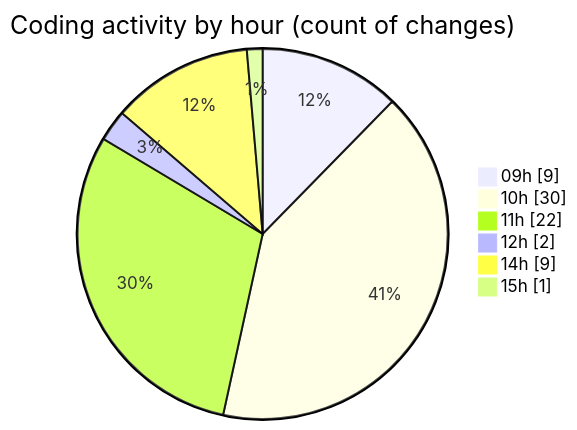
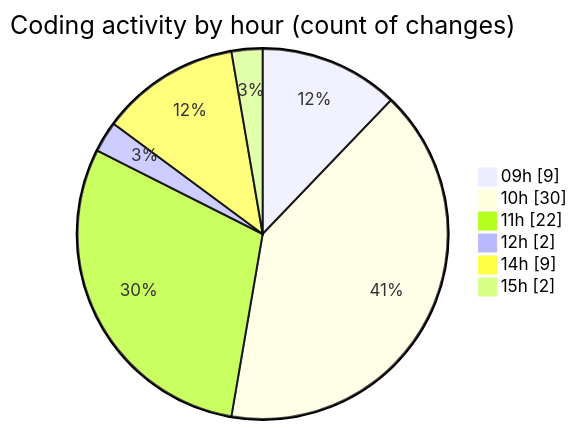
The second of 2 diagrams in 2025-02-04/cda/README.md (momahboobian/code-tracking), drawn with Mermaid before and after one commit. The commit also changed other lines of this file and 1 other file, not shown here.

````diff
--- a/2025-02-04/cda/README.md
+++ b/2025-02-04/cda/README.md
@@ -33,10 +35,10 @@
 ```mermaid
 pie showData
 title Coding activity by hour (count of changes)
 "09h" : 9
 "10h" : 30
 "11h" : 22
 "12h" : 2
 "14h" : 9
-"15h" : 1
+"15h" : 2
 ```
````
